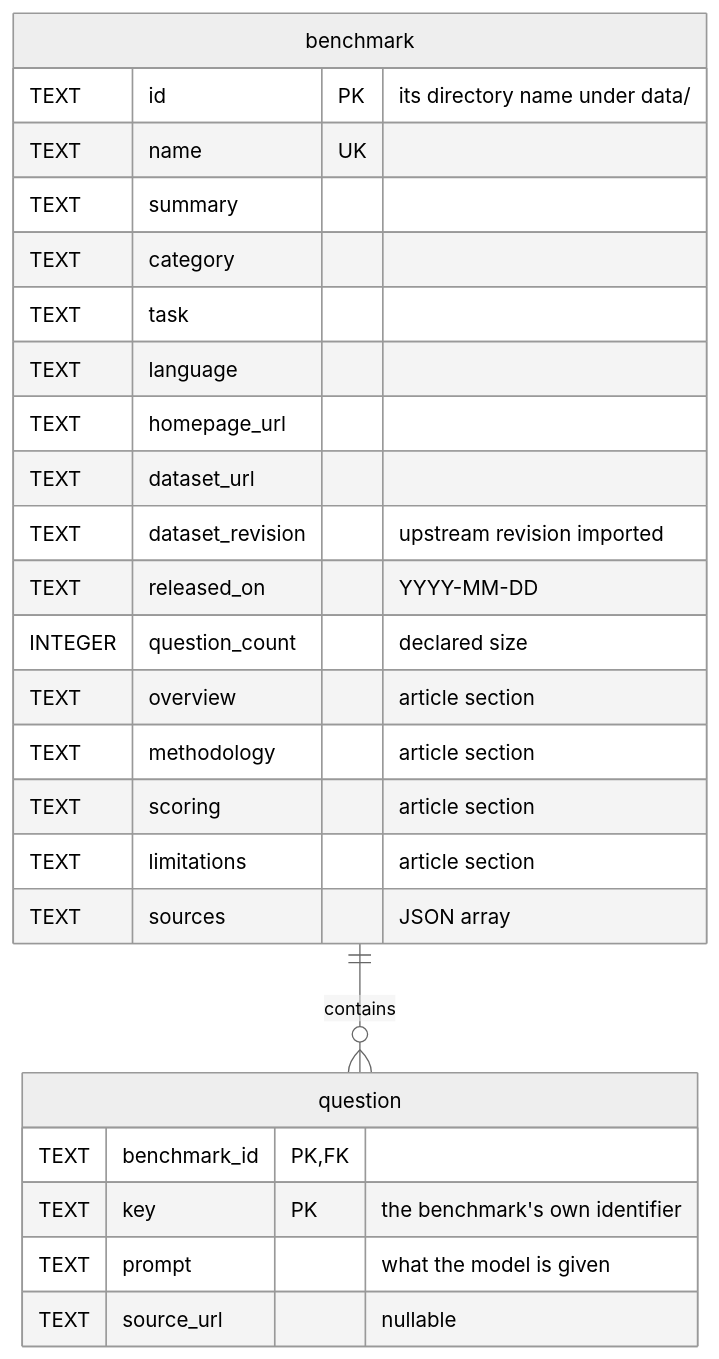
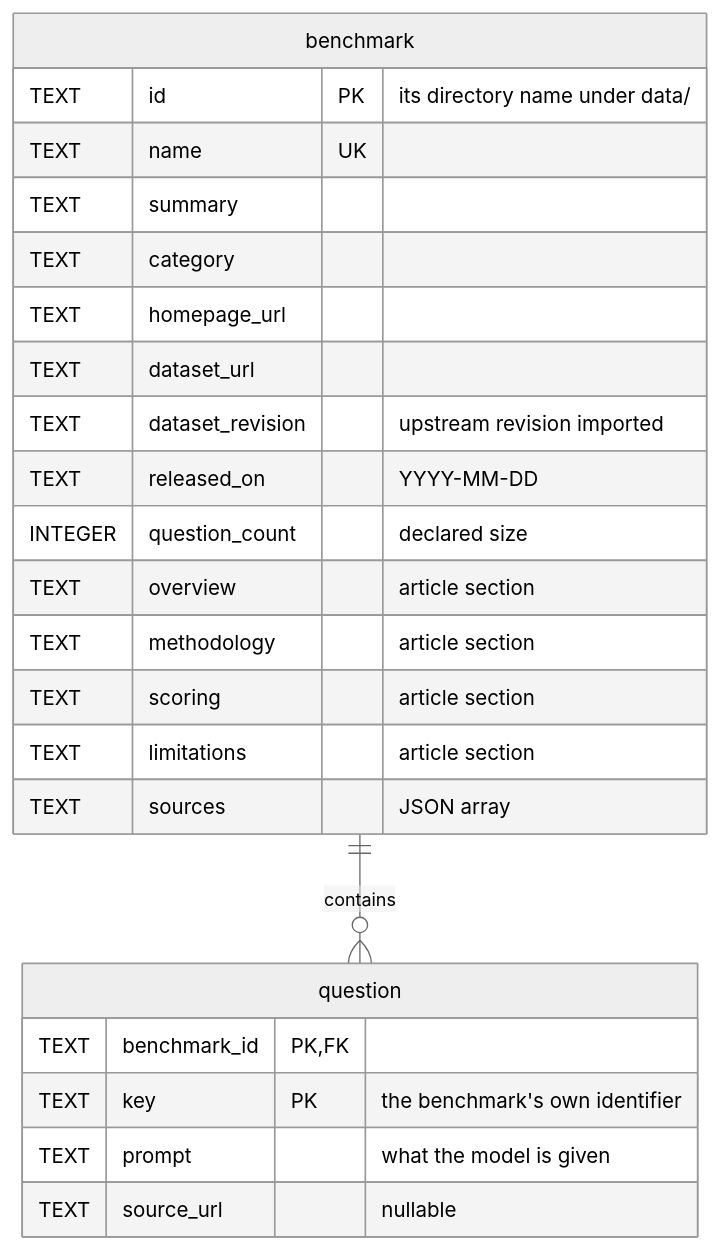
One commit to khooeee/benchopedia changed the diagram in README.md. Above: the diagram before and after it, drawn with Mermaid (neutral theme). The commit also changed 6 other files, not shown here.

````diff
--- a/README.md
+++ b/README.md
@@ -21,29 +21,27 @@
 ```mermaid
 erDiagram
     benchmark ||--o{ question : contains
 
     benchmark {
         TEXT id PK "its directory name under data/"
         TEXT name UK
         TEXT summary
         TEXT category
-        TEXT task
-        TEXT language
         TEXT homepage_url
         TEXT dataset_url
         TEXT dataset_revision "upstream revision imported"
         TEXT released_on "YYYY-MM-DD"
         INTEGER question_count "declared size"
         TEXT overview "article section"
         TEXT methodology "article section"
         TEXT scoring "article section"
         TEXT limitations "article section"
         TEXT sources "JSON array"
     }
     question {
         TEXT benchmark_id PK, FK
         TEXT key PK "the benchmark's own identifier"
         TEXT prompt "what the model is given"
         TEXT source_url "nullable"
     }
 ```
````
